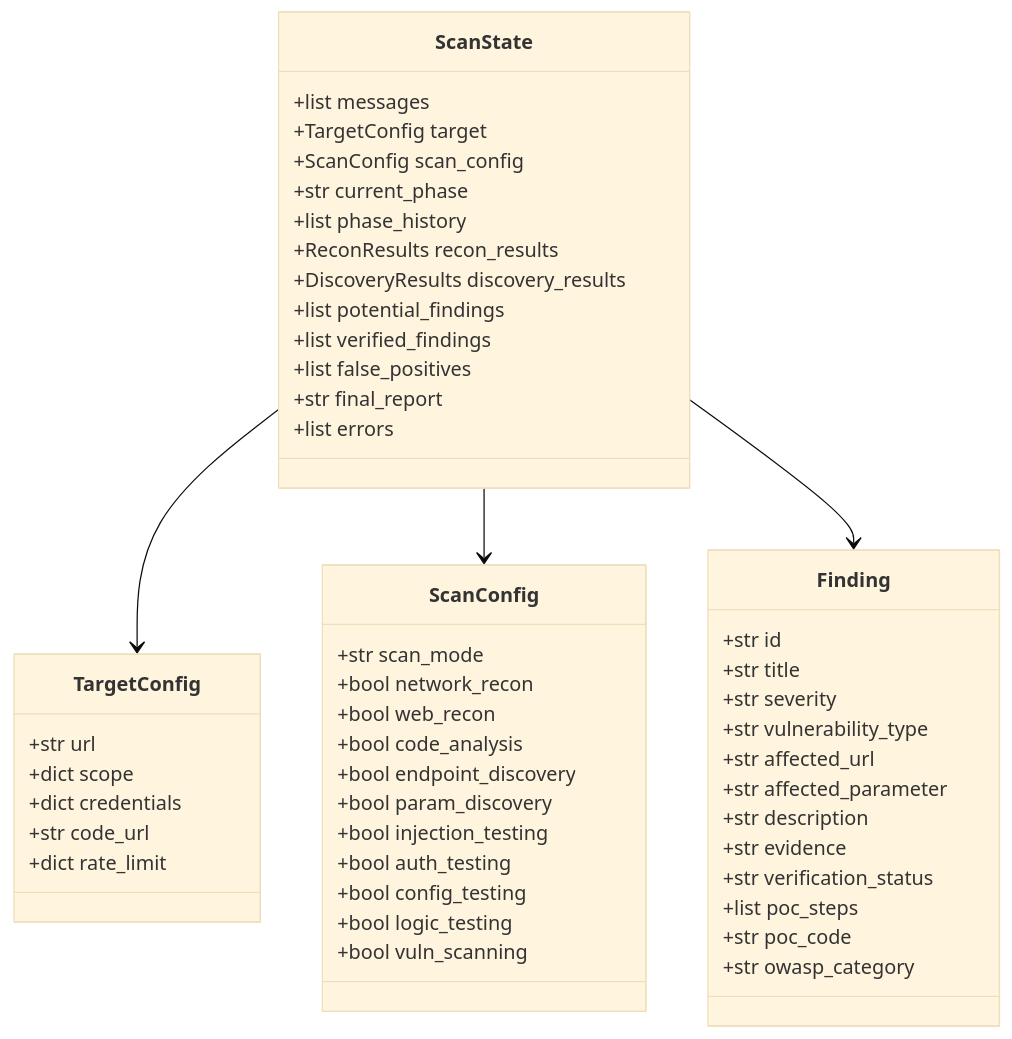
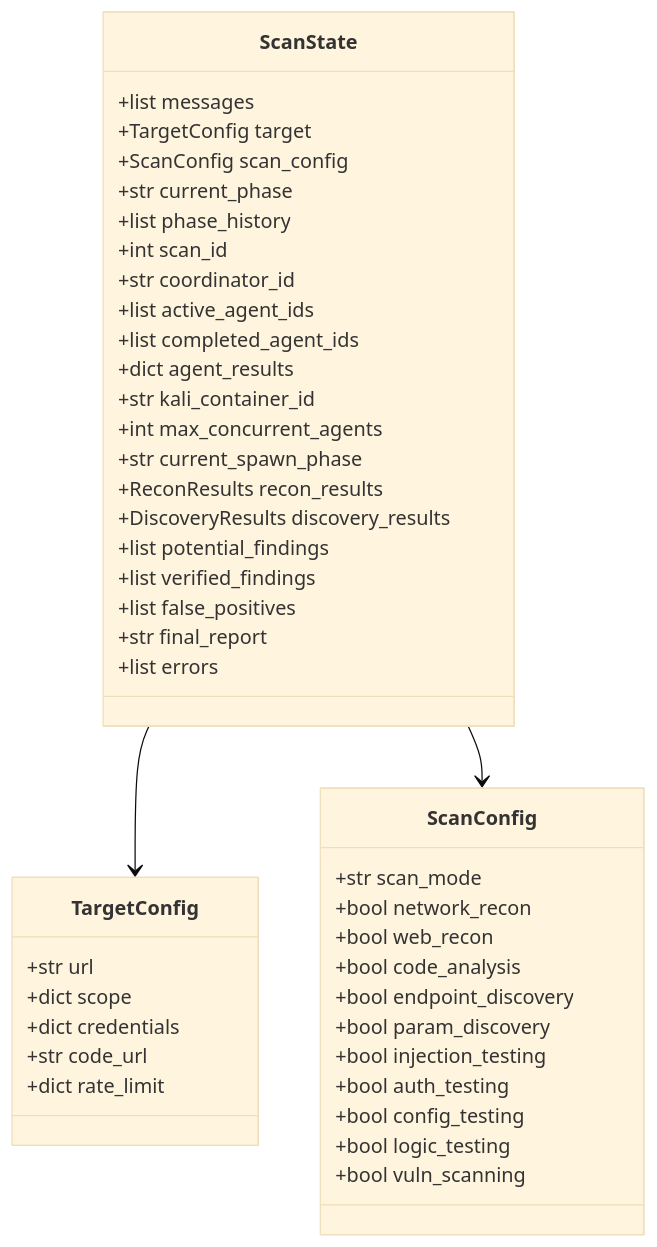
One commit to omkar-ukirde/RedStrike.AI changed the seventh of 24 diagrams in docs/architecture.md. Above: the diagram before and after it, drawn with Mermaid (base theme). The commit also changed other lines of this file and 1 other file, not shown here.

Commit message:
refactor: transition to distributed architecture with Celery, Redis, and dynamic per-scan Kali containers

````diff
--- a/docs/architecture.md
+++ b/docs/architecture.md
@@ -209,58 +346,50 @@
 ```mermaid
 classDiagram
     class ScanState {
         +list messages
         +TargetConfig target
         +ScanConfig scan_config
         +str current_phase
         +list phase_history
+        +int scan_id
+        +str coordinator_id
+        +list active_agent_ids
+        +list completed_agent_ids
+        +dict agent_results
+        +str kali_container_id
+        +int max_concurrent_agents
+        +str current_spawn_phase
         +ReconResults recon_results
         +DiscoveryResults discovery_results
         +list potential_findings
         +list verified_findings
         +list false_positives
         +str final_report
         +list errors
     }
 
     class TargetConfig {
         +str url
         +dict scope
         +dict credentials
         +str code_url
         +dict rate_limit
     }
 
     class ScanConfig {
         +str scan_mode
         +bool network_recon
         +bool web_recon
         +bool code_analysis
         +bool endpoint_discovery
         +bool param_discovery
         +bool injection_testing
         +bool auth_testing
         +bool config_testing
         +bool logic_testing
         +bool vuln_scanning
     }
 
-    class Finding {
-        +str id
-        +str title
-        +str severity
-        +str vulnerability_type
-        +str affected_url
-        +str affected_parameter
-        +str description
-        +str evidence
-        +str verification_status
-        +list poc_steps
-        +str poc_code
-        +str owasp_category
-    }
-
     ScanState --> TargetConfig
     ScanState --> ScanConfig
-    ScanState --> Finding
 ```
````
